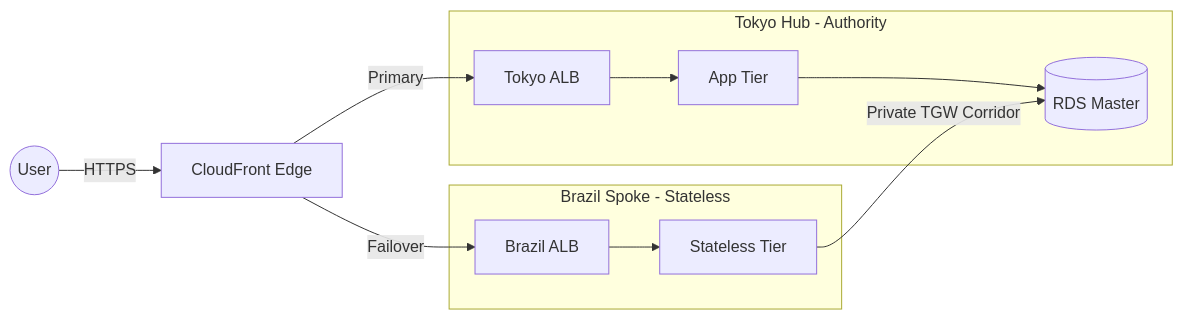
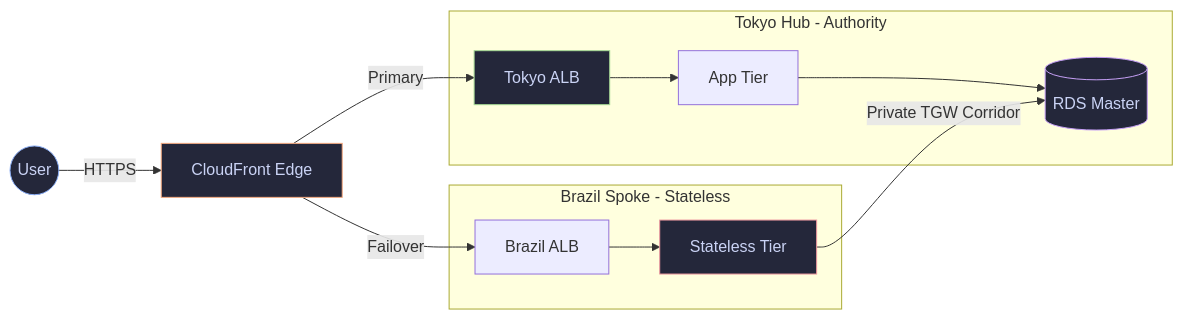
Before and after one commit to M-Bash/M-Bash: the diagram in README.md, drawn with Mermaid. The commit also changed other lines of this file, not shown here.

````diff
--- a/README.md
+++ b/README.md
@@ -111,17 +44,23 @@
 ```mermaid
 graph LR
     User((User)) -- HTTPS --> CF[CloudFront Edge]
     CF -- Primary --> ALBT[Tokyo ALB]
     CF -- Failover --> ALBS[Brazil ALB]
     
     subgraph Hub [Tokyo Hub - Authority]
         ALBT --> EC2T[App Tier]
         EC2T --> RDST[(RDS Master)]
     end
     
     subgraph Spoke [Brazil Spoke - Stateless]
         ALBS --> EC2S[Stateless Tier]
     end
     
     EC2S -- Private TGW Corridor --> RDST
+    
+    style User fill:#24273a,stroke:#8aadf4,color:#cad3f5
+    style CF fill:#24273a,stroke:#f5a97f,color:#cad3f5
+    style ALBT fill:#24273a,stroke:#a6da95,color:#cad3f5
+    style RDST fill:#24273a,stroke:#c6a0f6,color:#cad3f5
+    style EC2S fill:#24273a,stroke:#ee99a0,color:#cad3f5
 ```
````
